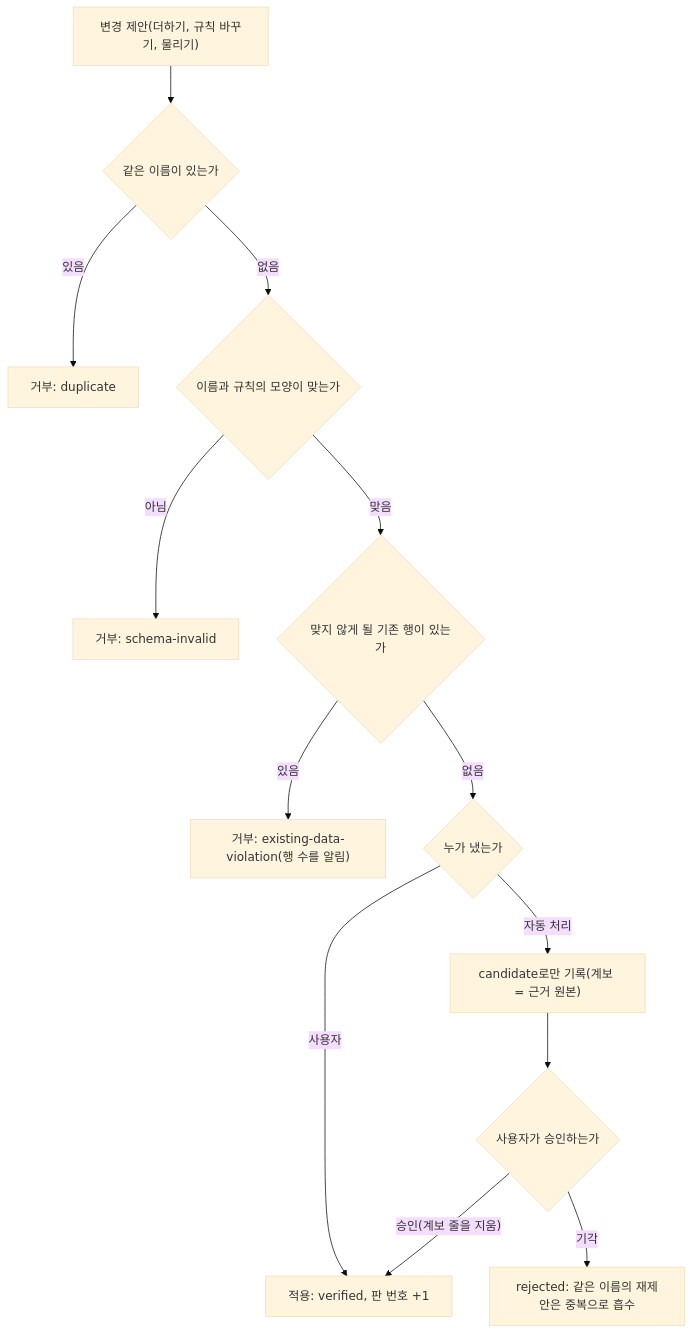
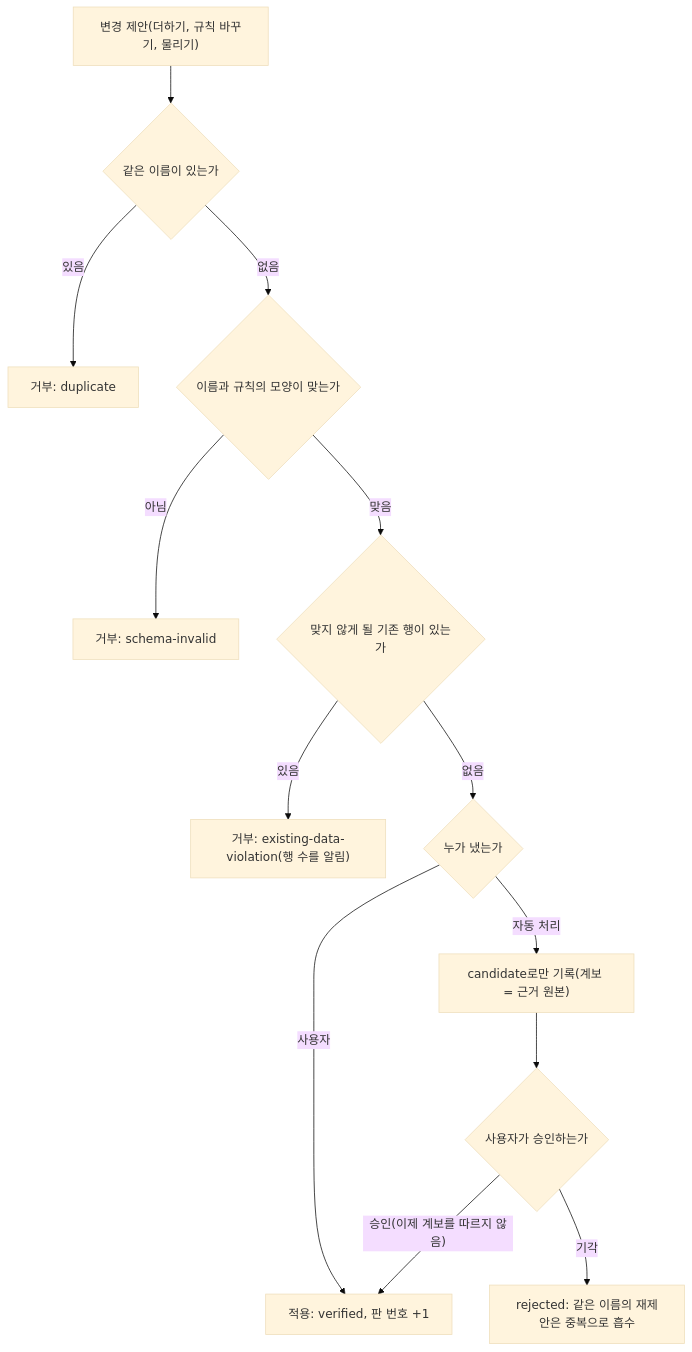
The third of 4 diagrams in docs/specs/2026-11-22-S01-semantic-registry.md (nohdol97/PKI), drawn with Mermaid (base theme) before and after one commit. The commit also changed other lines of this file, not shown here.

````diff
--- a/docs/specs/2026-11-22-S01-semantic-registry.md
+++ b/docs/specs/2026-11-22-S01-semantic-registry.md
@@ -370,15 +377,15 @@
 ```mermaid
 flowchart TD
   P["변경 제안(더하기, 규칙 바꾸기, 물리기)"] --> D{"같은 이름이 있는가"}
   D -- "있음" --> RD["거부: duplicate"]
   D -- "없음" --> S{"이름과 규칙의 모양이 맞는가"}
   S -- "아님" --> RS["거부: schema-invalid"]
   S -- "맞음" --> I{"맞지 않게 될 기존 행이 있는가"}
   I -- "있음" --> RI["거부: existing-data-violation(행 수를 알림)"]
   I -- "없음" --> A{"누가 냈는가"}
   A -- "사용자" --> OK["적용: verified, 판 번호 +1"]
   A -- "자동 처리" --> CAND["candidate로만 기록(계보 = 근거 원본)"]
   CAND --> UA{"사용자가 승인하는가"}
-  UA -- "승인(계보 줄을 지움)" --> OK
+  UA -- "승인(이제 계보를 따르지 않음)" --> OK
   UA -- "기각" --> REJ["rejected: 같은 이름의 재제안은 중복으로 흡수"]
 ```
````
